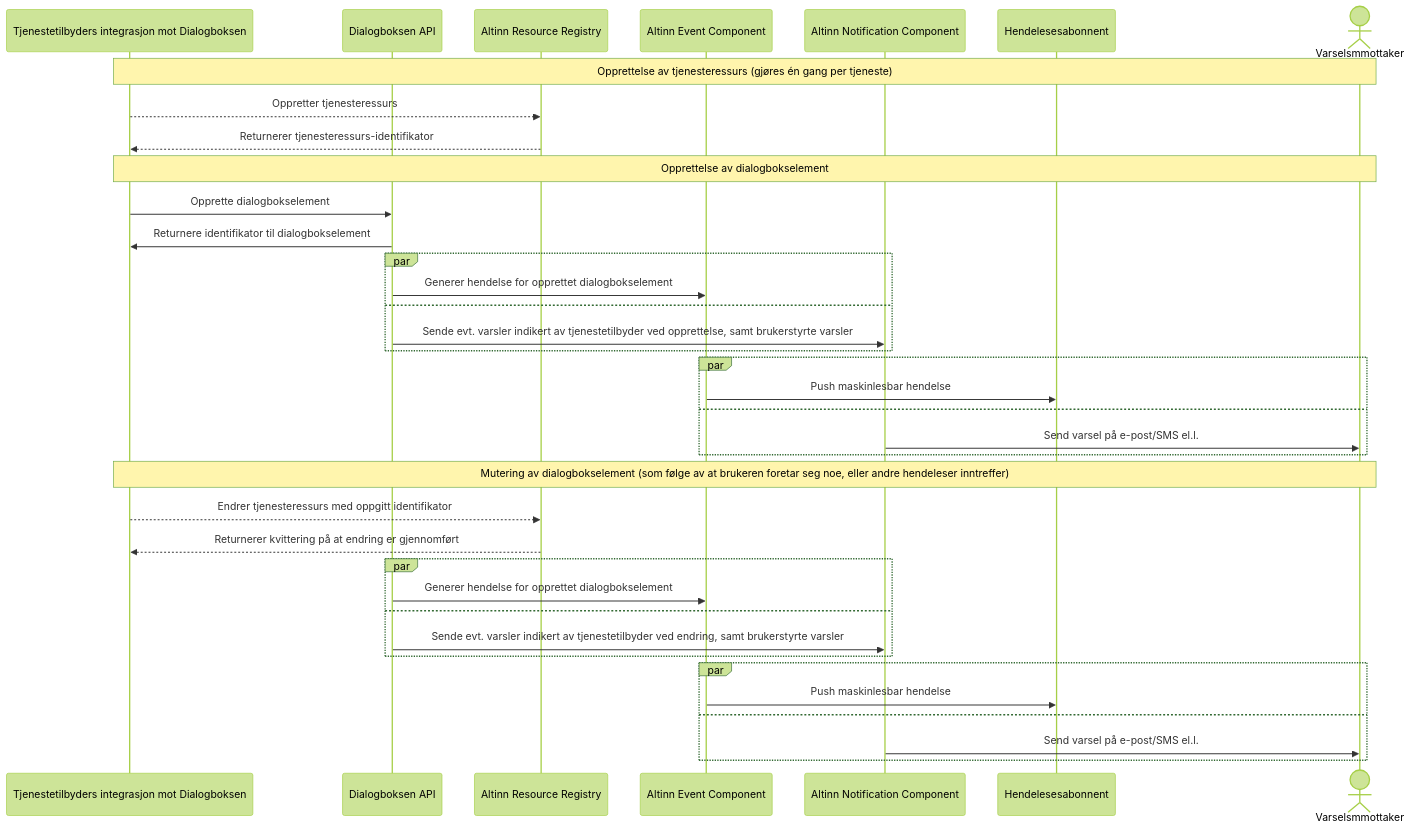
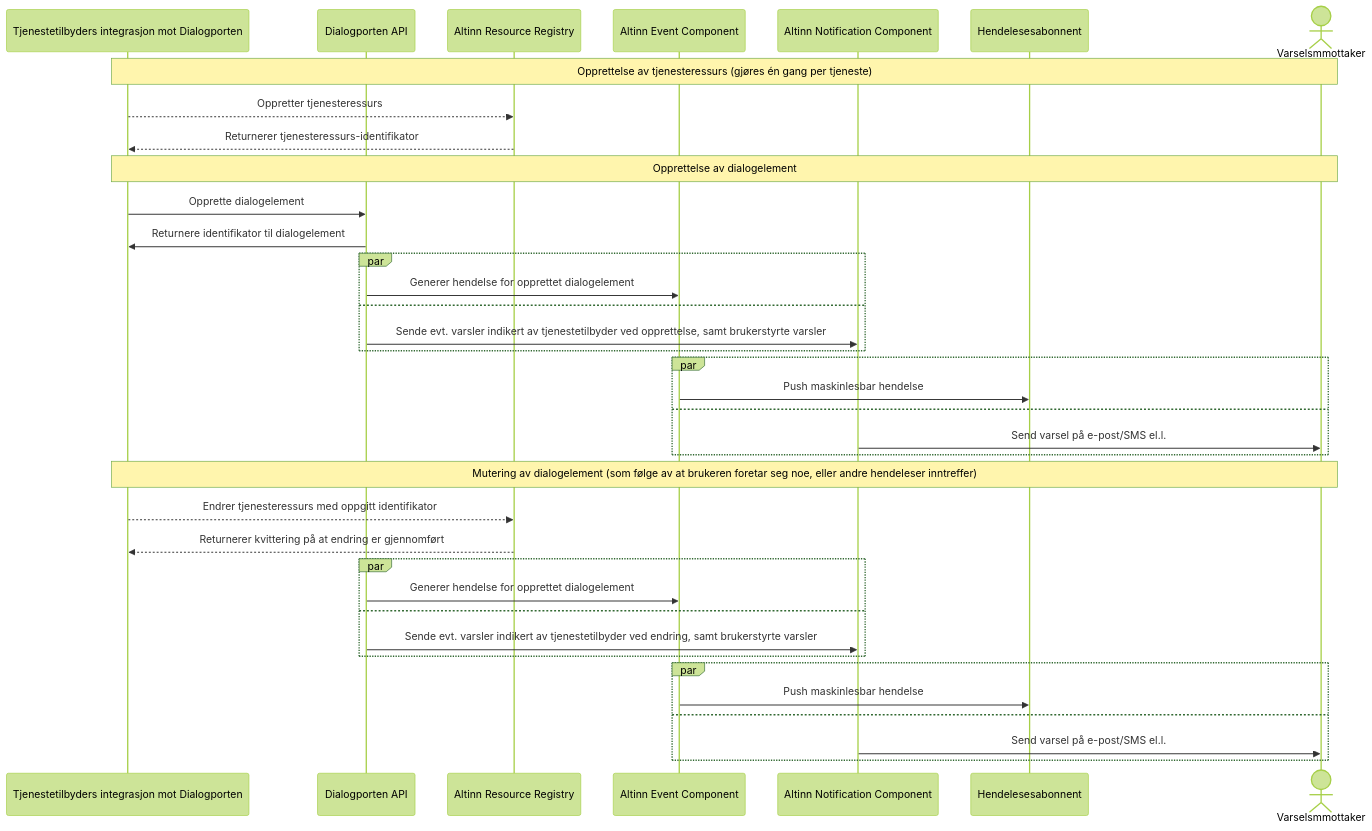
One commit to elsand/elsand.github.io changed the first of 6 diagrams in dialogporten.md. Above: the diagram before and after it, drawn with Mermaid (forest theme). The commit also changed other lines of this file and 1 other file, not shown here.

````diff
--- a/dialogporten.md
+++ b/dialogporten.md
@@ -152,42 +154,42 @@
 ```mermaid!
 sequenceDiagram
-    participant TE as Tjenestetilbyders integrasjon mot Dialogboksen
-    participant API as Dialogboksen API
+    participant TE as Tjenestetilbyders integrasjon mot Dialogporten
+    participant API as Dialogporten API
     participant ARR as Altinn Resource Registry
     participant EVT as Altinn Event Component
     participant NOT as Altinn Notification Component
     participant EVTRCPT as Hendelesesabonnent
     actor NOTRCPT as Varselsmmottaker
 
 note over TE,NOTRCPT: Opprettelse av tjenesteressurs (gjøres én gang per tjeneste)
 TE-->>ARR: Oppretter tjenesteressurs
 ARR-->>TE: Returnerer tjenesteressurs-identifikator
-note over TE,NOTRCPT: Opprettelse av dialogbokselement
-TE->>API: Opprette dialogbokselement
-API->>TE: Returnere identifikator til dialogbokselement
+note over TE,NOTRCPT: Opprettelse av dialogelement
+TE->>API: Opprette dialogelement
+API->>TE: Returnere identifikator til dialogelement
 par
-    API->>EVT: Generer hendelse for opprettet dialogbokselement
+    API->>EVT: Generer hendelse for opprettet dialogelement
     and
     API->>NOT: Sende evt. varsler indikert av tjenestetilbyder ved opprettelse, samt brukerstyrte varsler
 end
 par
     EVT->>EVTRCPT: Push maskinlesbar hendelse
     and
     NOT->>NOTRCPT: Send varsel på e-post/SMS el.l.
 end
 
-note over TE,NOTRCPT: Mutering av dialogbokselement (som følge av at brukeren foretar seg noe, eller andre hendeleser inntreffer)
+note over TE,NOTRCPT: Mutering av dialogelement (som følge av at brukeren foretar seg noe, eller andre hendeleser inntreffer)
 
 TE-->>ARR: Endrer tjenesteressurs med oppgitt identifikator
 ARR-->>TE: Returnerer kvittering på at endring er gjennomført
 par
-    API->>EVT: Generer hendelse for opprettet dialogbokselement
+    API->>EVT: Generer hendelse for opprettet dialogelement
     and
     API->>NOT: Sende evt. varsler indikert av tjenestetilbyder ved endring, samt brukerstyrte varsler
 end
 par
     EVT->>EVTRCPT: Push maskinlesbar hendelse
     and
     NOT->>NOTRCPT: Send varsel på e-post/SMS el.l.
 end
 ```
````
